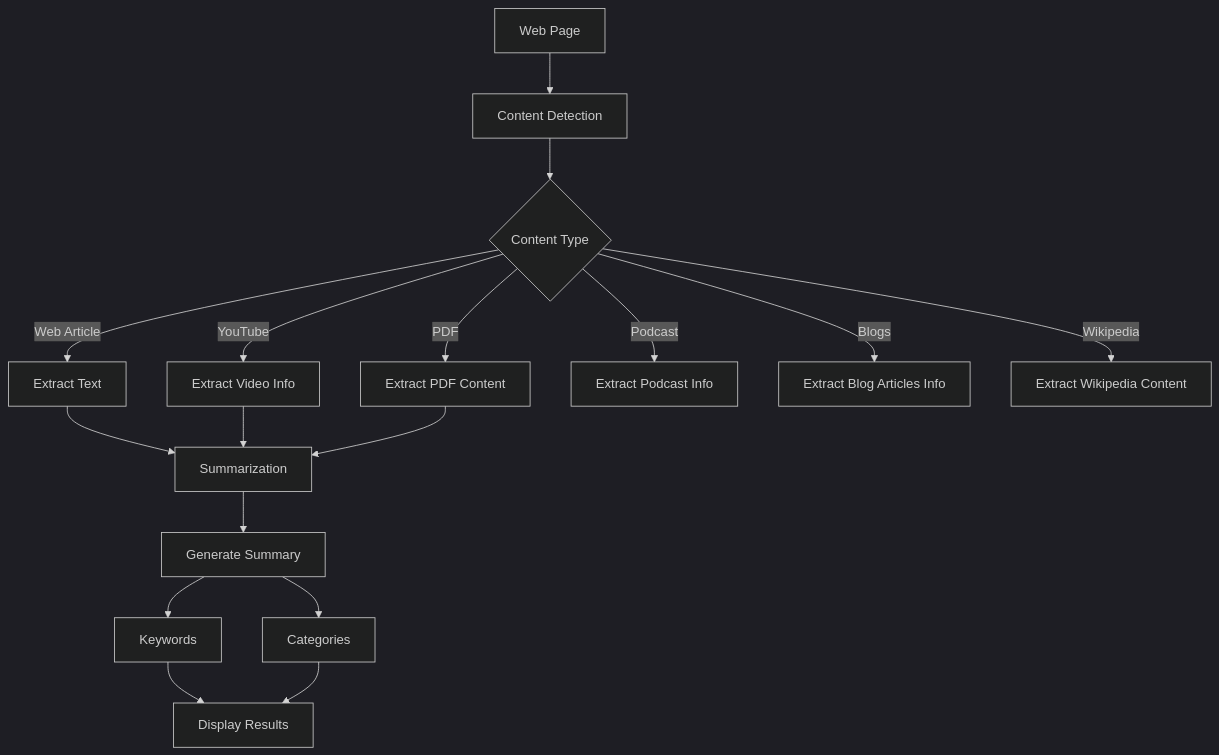
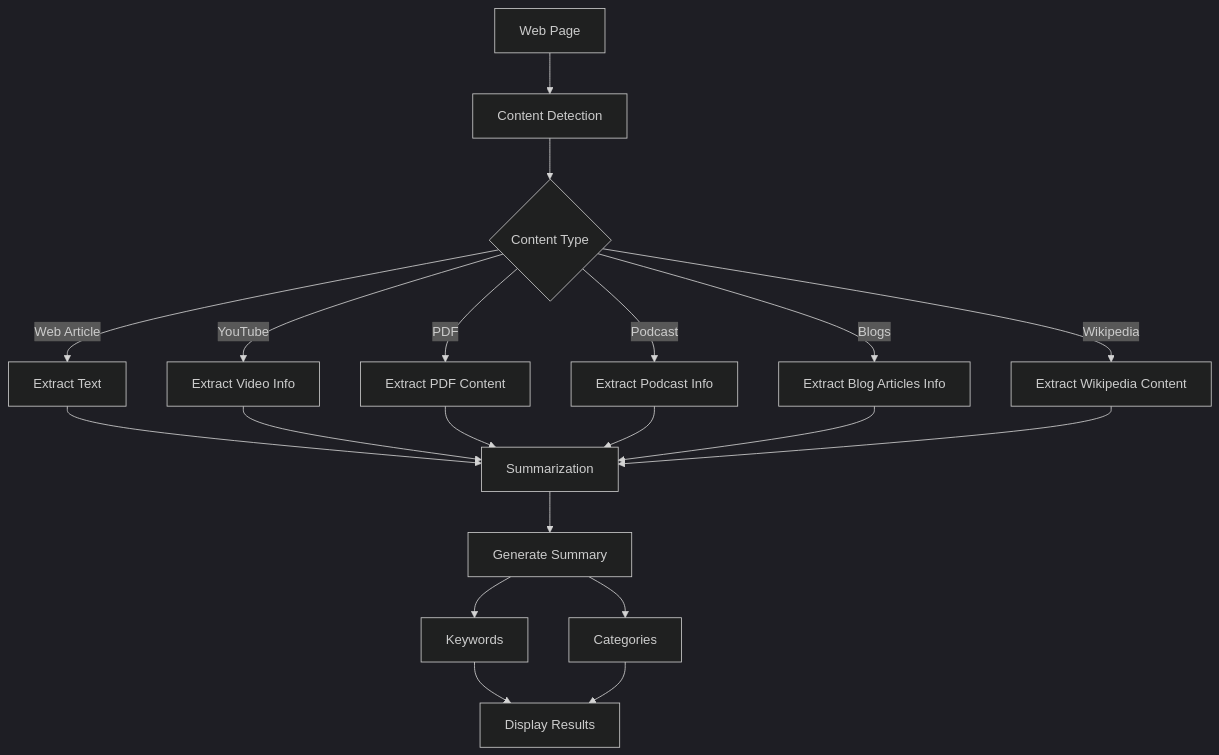
The diagram in README.md (prasenjit-sarkar-sonarsource/memrecall), drawn with Mermaid (dark theme) before and after one commit.

````diff
--- a/README.md
+++ b/README.md
@@ -136,19 +136,22 @@
 ```mermaid
 graph TD
     A[Web Page] --> B[Content Detection]
     B --> C{Content Type}
     C -->|Web Article| D[Extract Text]
     C -->|YouTube| E[Extract Video Info]
     C -->|PDF| F[Extract PDF Content]
     C -->|Podcast| X[Extract Podcast Info]
     C -->|Blogs| Y[Extract Blog Articles Info]
     C -->|Wikipedia| Z[Extract Wikipedia Content]
     D --> G[Summarization]
     E --> G
     F --> G
+    X --> G
+    Y --> G
+    Z --> G
     G --> H[Generate Summary]
     H --> I[Keywords]
     H --> J[Categories]
     I --> K[Display Results]
     J --> K
 ```
````
